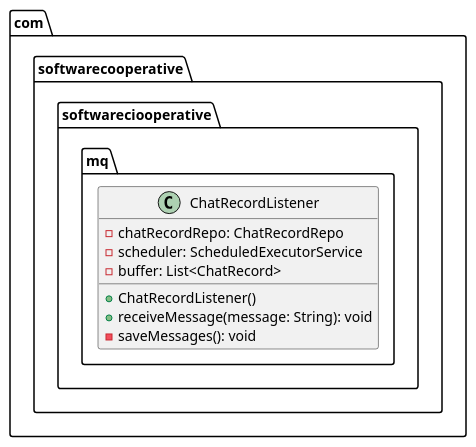
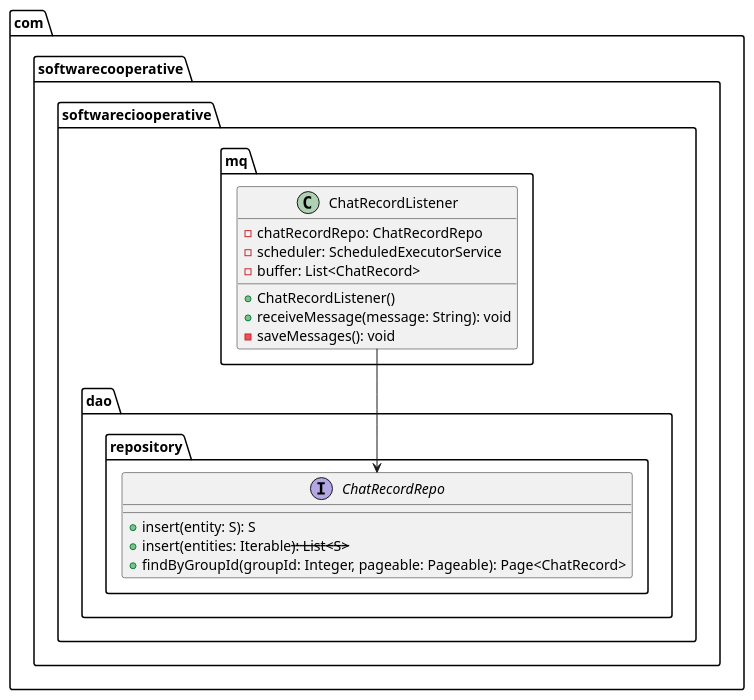
Before and after one commit to dongyan3721/SoftwareCooperativeEngineering: the diagram in src/main/resources/UML/ChatRecordListener.puml, drawn with PlantUML. The commit also changed 8 other files, not shown here.

```diff
--- a/src/main/resources/UML/ChatRecordListener.puml
+++ b/src/main/resources/UML/ChatRecordListener.puml
@@ -1,13 +1,24 @@
 @startuml
 package com.softwarecooperative.softwareciooperative.mq {
     class ChatRecordListener {
         -chatRecordRepo: ChatRecordRepo
         -scheduler: ScheduledExecutorService
         -buffer: List<ChatRecord>
 
         +ChatRecordListener()
         +receiveMessage(message: String): void
         -saveMessages(): void
     }
 }
+
+package com.softwarecooperative.softwareciooperative.dao.repository {
+    interface ChatRecordRepo {
+        +insert(entity: S): S
+        +insert(entities: Iterable<S>): List<S>
+        +findByGroupId(groupId: Integer, pageable: Pageable): Page<ChatRecord>
+    }
+}
+
+ChatRecordListener --> ChatRecordRepo
+
 @enduml
```
